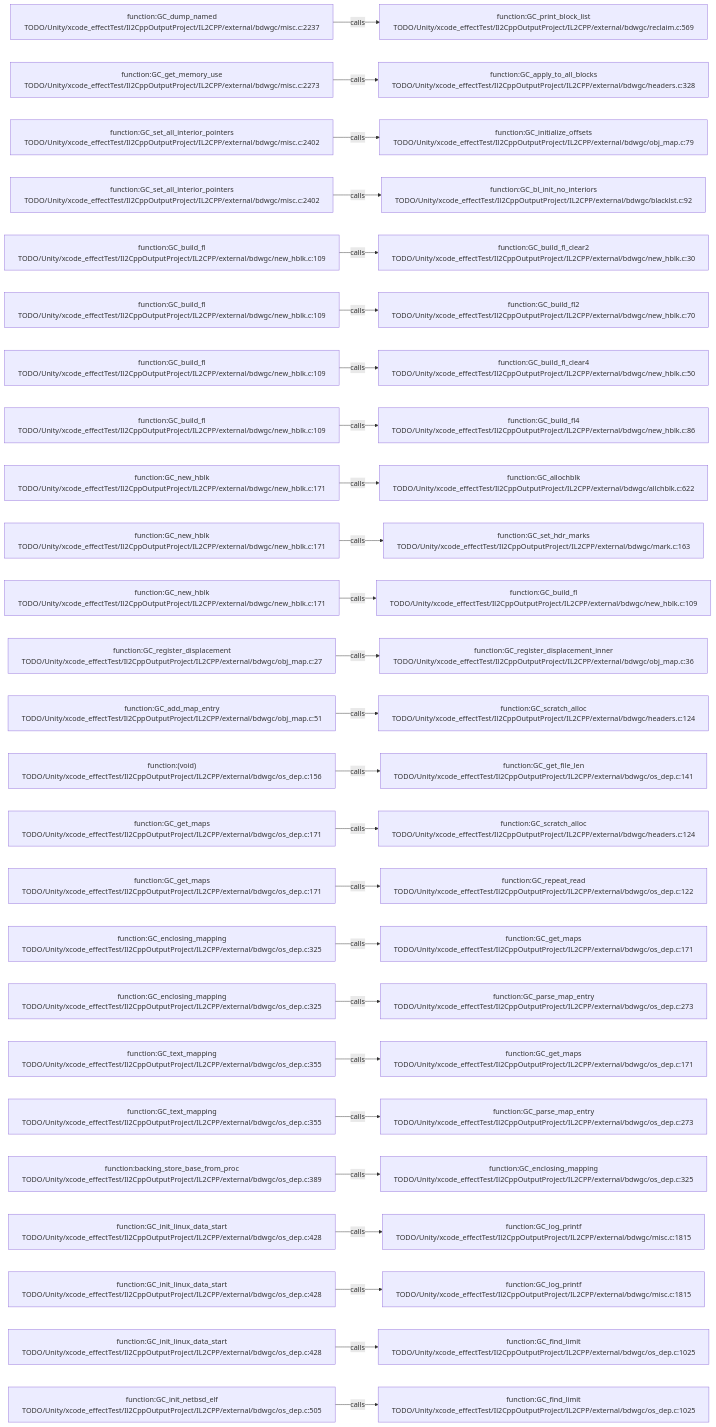
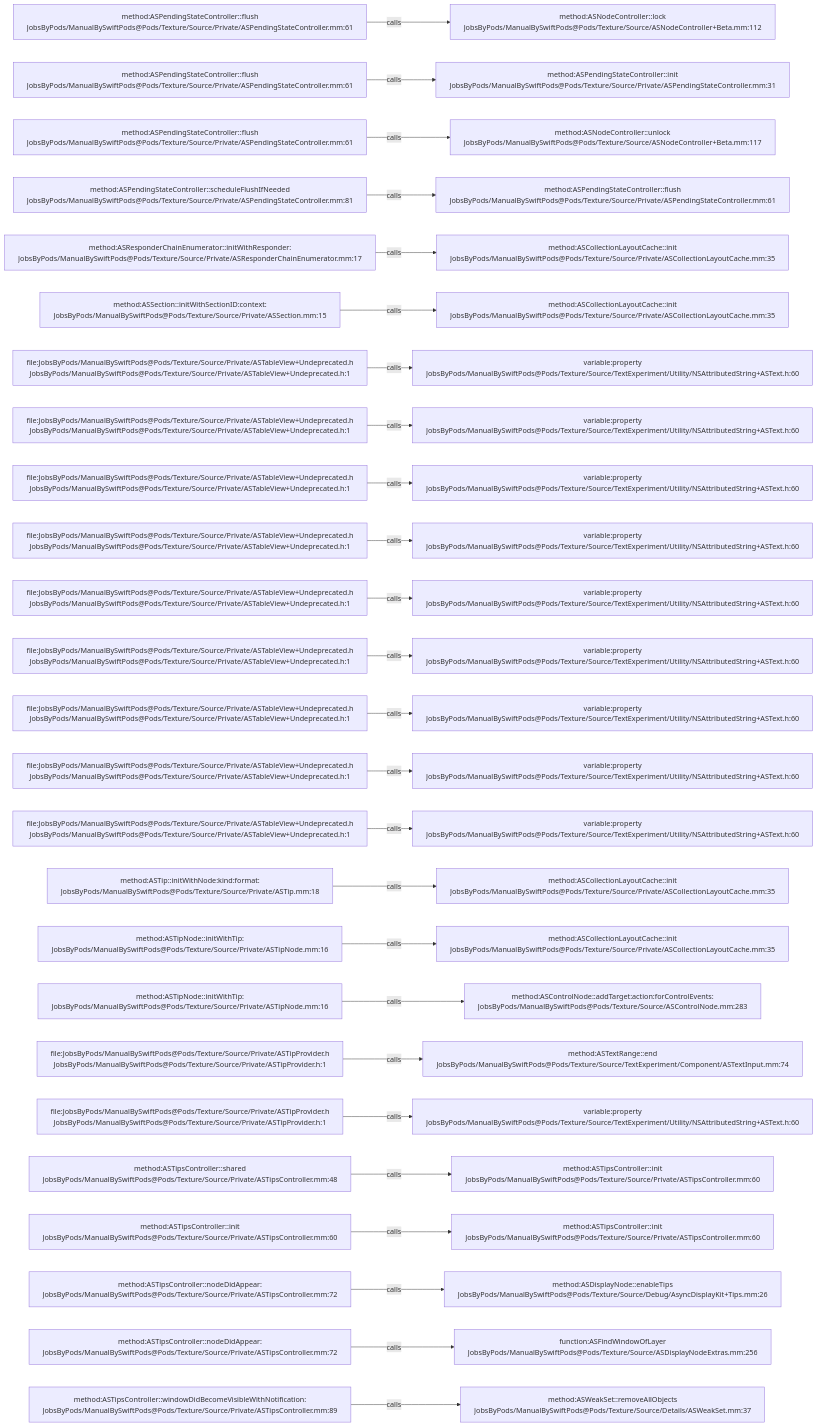
Before and after one commit to JobsKits/JobsSwiftBaseConfigDemo: the diagram in .codegraph/codegraph.md/graphs/calls-141.md, drawn with Mermaid. The commit also changed 2959 other files, not shown here.

````diff
--- a/.codegraph/codegraph.md/graphs/calls-141.md
+++ b/.codegraph/codegraph.md/graphs/calls-141.md
@@ -13,78 +13,78 @@
 ```mermaid
 flowchart LR
-  S1["function:GC_dump_named<br/>TODO/Unity/xcode_effectTest/Il2CppOutputProject/IL2CPP/external/bdwgc/misc.c:2237"]
-  T1["function:GC_print_block_list<br/>TODO/Unity/xcode_effectTest/Il2CppOutputProject/IL2CPP/external/bdwgc/reclaim.c:569"]
+  S1["method:ASPendingStateController::flush<br/>JobsByPods/ManualBySwiftPods@Pods/Texture/Source/Private/ASPendingStateController.mm:61"]
+  T1["method:ASNodeController::lock<br/>JobsByPods/ManualBySwiftPods@Pods/Texture/Source/ASNodeController+Beta.mm:112"]
   S1 -->|calls| T1
-  S2["function:GC_get_memory_use<br/>TODO/Unity/xcode_effectTest/Il2CppOutputProject/IL2CPP/external/bdwgc/misc.c:2273"]
-  T2["function:GC_apply_to_all_blocks<br/>TODO/Unity/xcode_effectTest/Il2CppOutputProject/IL2CPP/external/bdwgc/headers.c:328"]
+  S2["method:ASPendingStateController::flush<br/>JobsByPods/ManualBySwiftPods@Pods/Texture/Source/Private/ASPendingStateController.mm:61"]
+  T2["method:ASPendingStateController::init<br/>JobsByPods/ManualBySwiftPods@Pods/Texture/Source/Private/ASPendingStateController.mm:31"]
   S2 -->|calls| T2
-  S3["function:GC_set_all_interior_pointers<br/>TODO/Unity/xcode_effectTest/Il2CppOutputProject/IL2CPP/external/bdwgc/misc.c:2402"]
-  T3["function:GC_initialize_offsets<br/>TODO/Unity/xcode_effectTest/Il2CppOutputProject/IL2CPP/external/bdwgc/obj_map.c:79"]
+  S3["method:ASPendingStateController::flush<br/>JobsByPods/ManualBySwiftPods@Pods/Texture/Source/Private/ASPendingStateController.mm:61"]
+  T3["method:ASNodeController::unlock<br/>JobsByPods/ManualBySwiftPods@Pods/Texture/Source/ASNodeController+Beta.mm:117"]
   S3 -->|calls| T3
-  S4["function:GC_set_all_interior_pointers<br/>TODO/Unity/xcode_effectTest/Il2CppOutputProject/IL2CPP/external/bdwgc/misc.c:2402"]
-  T4["function:GC_bl_init_no_interiors<br/>TODO/Unity/xcode_effectTest/Il2CppOutputProject/IL2CPP/external/bdwgc/blacklst.c:92"]
+  S4["method:ASPendingStateController::scheduleFlushIfNeeded<br/>JobsByPods/ManualBySwiftPods@Pods/Texture/Source/Private/ASPendingStateController.mm:81"]
+  T4["method:ASPendingStateController::flush<br/>JobsByPods/ManualBySwiftPods@Pods/Texture/Source/Private/ASPendingStateController.mm:61"]
   S4 -->|calls| T4
-  S5["function:GC_build_fl<br/>TODO/Unity/xcode_effectTest/Il2CppOutputProject/IL2CPP/external/bdwgc/new_hblk.c:109"]
-  T5["function:GC_build_fl_clear2<br/>TODO/Unity/xcode_effectTest/Il2CppOutputProject/IL2CPP/external/bdwgc/new_hblk.c:30"]
+  S5["method:ASResponderChainEnumerator::initWithResponder:<br/>JobsByPods/ManualBySwiftPods@Pods/Texture/Source/Private/ASResponderChainEnumerator.mm:17"]
+  T5["method:ASCollectionLayoutCache::init<br/>JobsByPods/ManualBySwiftPods@Pods/Texture/Source/Private/ASCollectionLayoutCache.mm:35"]
   S5 -->|calls| T5
-  S6["function:GC_build_fl<br/>TODO/Unity/xcode_effectTest/Il2CppOutputProject/IL2CPP/external/bdwgc/new_hblk.c:109"]
-  T6["function:GC_build_fl2<br/>TODO/Unity/xcode_effectTest/Il2CppOutputProject/IL2CPP/external/bdwgc/new_hblk.c:70"]
+  S6["method:ASSection::initWithSectionID:context:<br/>JobsByPods/ManualBySwiftPods@Pods/Texture/Source/Private/ASSection.mm:15"]
+  T6["method:ASCollectionLayoutCache::init<br/>JobsByPods/ManualBySwiftPods@Pods/Texture/Source/Private/ASCollectionLayoutCache.mm:35"]
   S6 -->|calls| T6
-  S7["function:GC_build_fl<br/>TODO/Unity/xcode_effectTest/Il2CppOutputProject/IL2CPP/external/bdwgc/new_hblk.c:109"]
-  T7["function:GC_build_fl_clear4<br/>TODO/Unity/xcode_effectTest/Il2CppOutputProject/IL2CPP/external/bdwgc/new_hblk.c:50"]
+  S7["file:JobsByPods/ManualBySwiftPods@Pods/Texture/Source/Private/ASTableView+Undeprecated.h<br/>JobsByPods/ManualBySwiftPods@Pods/Texture/Source/Private/ASTableView+Undeprecated.h:1"]
+  T7["variable:property<br/>JobsByPods/ManualBySwiftPods@Pods/Texture/Source/TextExperiment/Utility/NSAttributedString+ASText.h:60"]
   S7 -->|calls| T7
-  S8["function:GC_build_fl<br/>TODO/Unity/xcode_effectTest/Il2CppOutputProject/IL2CPP/external/bdwgc/new_hblk.c:109"]
-  T8["function:GC_build_fl4<br/>TODO/Unity/xcode_effectTest/Il2CppOutputProject/IL2CPP/external/bdwgc/new_hblk.c:86"]
+  S8["file:JobsByPods/ManualBySwiftPods@Pods/Texture/Source/Private/ASTableView+Undeprecated.h<br/>JobsByPods/ManualBySwiftPods@Pods/Texture/Source/Private/ASTableView+Undeprecated.h:1"]
+  T8["variable:property<br/>JobsByPods/ManualBySwiftPods@Pods/Texture/Source/TextExperiment/Utility/NSAttributedString+ASText.h:60"]
   S8 -->|calls| T8
-  S9["function:GC_new_hblk<br/>TODO/Unity/xcode_effectTest/Il2CppOutputProject/IL2CPP/external/bdwgc/new_hblk.c:171"]
-  T9["function:GC_allochblk<br/>TODO/Unity/xcode_effectTest/Il2CppOutputProject/IL2CPP/external/bdwgc/allchblk.c:622"]
+  S9["file:JobsByPods/ManualBySwiftPods@Pods/Texture/Source/Private/ASTableView+Undeprecated.h<br/>JobsByPods/ManualBySwiftPods@Pods/Texture/Source/Private/ASTableView+Undeprecated.h:1"]
+  T9["variable:property<br/>JobsByPods/ManualBySwiftPods@Pods/Texture/Source/TextExperiment/Utility/NSAttributedString+ASText.h:60"]
   S9 -->|calls| T9
-  S10["function:GC_new_hblk<br/>TODO/Unity/xcode_effectTest/Il2CppOutputProject/IL2CPP/external/bdwgc/new_hblk.c:171"]
-  T10["function:GC_set_hdr_marks<br/>TODO/Unity/xcode_effectTest/Il2CppOutputProject/IL2CPP/external/bdwgc/mark.c:163"]
+  S10["file:JobsByPods/ManualBySwiftPods@Pods/Texture/Source/Private/ASTableView+Undeprecated.h<br/>JobsByPods/ManualBySwiftPods@Pods/Texture/Source/Private/ASTableView+Undeprecated.h:1"]
+  T10["variable:property<br/>JobsByPods/ManualBySwiftPods@Pods/Texture/Source/TextExperiment/Utility/NSAttributedString+ASText.h:60"]
   S10 -->|calls| T10
-  S11["function:GC_new_hblk<br/>TODO/Unity/xcode_effectTest/Il2CppOutputProject/IL2CPP/external/bdwgc/new_hblk.c:171"]
-  T11["function:GC_build_fl<br/>TODO/Unity/xcode_effectTest/Il2CppOutputProject/IL2CPP/external/bdwgc/new_hblk.c:109"]
+  S11["file:JobsByPods/ManualBySwiftPods@Pods/Texture/Source/Private/ASTableView+Undeprecated.h<br/>JobsByPods/ManualBySwiftPods@Pods/Texture/Source/Private/ASTableView+Undeprecated.h:1"]
+  T11["variable:property<br/>JobsByPods/ManualBySwiftPods@Pods/Texture/Source/TextExperiment/Utility/NSAttributedString+ASText.h:60"]
   S11 -->|calls| T11
-  S12["function:GC_register_displacement<br/>TODO/Unity/xcode_effectTest/Il2CppOutputProject/IL2CPP/external/bdwgc/obj_map.c:27"]
-  T12["function:GC_register_displacement_inner<br/>TODO/Unity/xcode_effectTest/Il2CppOutputProject/IL2CPP/external/bdwgc/obj_map.c:36"]
+  S12["file:JobsByPods/ManualBySwiftPods@Pods/Texture/Source/Private/ASTableView+Undeprecated.h<br/>JobsByPods/ManualBySwiftPods@Pods/Texture/Source/Private/ASTableView+Undeprecated.h:1"]
+  T12["variable:property<br/>JobsByPods/ManualBySwiftPods@Pods/Texture/Source/TextExperiment/Utility/NSAttributedString+ASText.h:60"]
   S12 -->|calls| T12
-  S13["function:GC_add_map_entry<br/>TODO/Unity/xcode_effectTest/Il2CppOutputProject/IL2CPP/external/bdwgc/obj_map.c:51"]
-  T13["function:GC_scratch_alloc<br/>TODO/Unity/xcode_effectTest/Il2CppOutputProject/IL2CPP/external/bdwgc/headers.c:124"]
+  S13["file:JobsByPods/ManualBySwiftPods@Pods/Texture/Source/Private/ASTableView+Undeprecated.h<br/>JobsByPods/ManualBySwiftPods@Pods/Texture/Source/Private/ASTableView+Undeprecated.h:1"]
+  T13["variable:property<br/>JobsByPods/ManualBySwiftPods@Pods/Texture/Source/TextExperiment/Utility/NSAttributedString+ASText.h:60"]
   S13 -->|calls| T13
-  S14["function:(void)<br/>TODO/Unity/xcode_effectTest/Il2CppOutputProject/IL2CPP/external/bdwgc/os_dep.c:156"]
-  T14["function:GC_get_file_len<br/>TODO/Unity/xcode_effectTest/Il2CppOutputProject/IL2CPP/external/bdwgc/os_dep.c:141"]
+  S14["file:JobsByPods/ManualBySwiftPods@Pods/Texture/Source/Private/ASTableView+Undeprecated.h<br/>JobsByPods/ManualBySwiftPods@Pods/Texture/Source/Private/ASTableView+Undeprecated.h:1"]
+  T14["variable:property<br/>JobsByPods/ManualBySwiftPods@Pods/Texture/Source/TextExperiment/Utility/NSAttributedString+ASText.h:60"]
   S14 -->|calls| T14
-  S15["function:GC_get_maps<br/>TODO/Unity/xcode_effectTest/Il2CppOutputProject/IL2CPP/external/bdwgc/os_dep.c:171"]
-  T15["function:GC_scratch_alloc<br/>TODO/Unity/xcode_effectTest/Il2CppOutputProject/IL2CPP/external/bdwgc/headers.c:124"]
+  S15["file:JobsByPods/ManualBySwiftPods@Pods/Texture/Source/Private/ASTableView+Undeprecated.h<br/>JobsByPods/ManualBySwiftPods@Pods/Texture/Source/Private/ASTableView+Undeprecated.h:1"]
+  T15["variable:property<br/>JobsByPods/ManualBySwiftPods@Pods/Texture/Source/TextExperiment/Utility/NSAttributedString+ASText.h:60"]
   S15 -->|calls| T15
-  S16["function:GC_get_maps<br/>TODO/Unity/xcode_effectTest/Il2CppOutputProject/IL2CPP/external/bdwgc/os_dep.c:171"]
-  T16["function:GC_repeat_read<br/>TODO/Unity/xcode_effectTest/Il2CppOutputProject/IL2CPP/external/bdwgc/os_dep.c:122"]
+  S16["method:ASTip::initWithNode:kind:format:<br/>JobsByPods/ManualBySwiftPods@Pods/Texture/Source/Private/ASTip.mm:18"]
+  T16["method:ASCollectionLayoutCache::init<br/>JobsByPods/ManualBySwiftPods@Pods/Texture/Source/Private/ASCollectionLayoutCache.mm:35"]
   S16 -->|calls| T16
-  S17["function:GC_enclosing_mapping<br/>TODO/Unity/xcode_effectTest/Il2CppOutputProject/IL2CPP/external/bdwgc/os_dep.c:325"]
-  T17["function:GC_get_maps<br/>TODO/Unity/xcode_effectTest/Il2CppOutputProject/IL2CPP/external/bdwgc/os_dep.c:171"]
+  S17["method:ASTipNode::initWithTip:<br/>JobsByPods/ManualBySwiftPods@Pods/Texture/Source/Private/ASTipNode.mm:16"]
+  T17["method:ASCollectionLayoutCache::init<br/>JobsByPods/ManualBySwiftPods@Pods/Texture/Source/Private/ASCollectionLayoutCache.mm:35"]
   S17 -->|calls| T17
-  S18["function:GC_enclosing_mapping<br/>TODO/Unity/xcode_effectTest/Il2CppOutputProject/IL2CPP/external/bdwgc/os_dep.c:325"]
-  T18["function:GC_parse_map_entry<br/>TODO/Unity/xcode_effectTest/Il2CppOutputProject/IL2CPP/external/bdwgc/os_dep.c:273"]
+  S18["method:ASTipNode::initWithTip:<br/>JobsByPods/ManualBySwiftPods@Pods/Texture/Source/Private/ASTipNode.mm:16"]
+  T18["method:ASControlNode::addTarget:action:forControlEvents:<br/>JobsByPods/ManualBySwiftPods@Pods/Texture/Source/ASControlNode.mm:283"]
   S18 -->|calls| T18
-  S19["function:GC_text_mapping<br/>TODO/Unity/xcode_effectTest/Il2CppOutputProject/IL2CPP/external/bdwgc/os_dep.c:355"]
-  T19["function:GC_get_maps<br/>TODO/Unity/xcode_effectTest/Il2CppOutputProject/IL2CPP/external/bdwgc/os_dep.c:171"]
+  S19["file:JobsByPods/ManualBySwiftPods@Pods/Texture/Source/Private/ASTipProvider.h<br/>JobsByPods/ManualBySwiftPods@Pods/Texture/Source/Private/ASTipProvider.h:1"]
+  T19["method:ASTextRange::end<br/>JobsByPods/ManualBySwiftPods@Pods/Texture/Source/TextExperiment/Component/ASTextInput.mm:74"]
   S19 -->|calls| T19
-  S20["function:GC_text_mapping<br/>TODO/Unity/xcode_effectTest/Il2CppOutputProject/IL2CPP/external/bdwgc/os_dep.c:355"]
-  T20["function:GC_parse_map_entry<br/>TODO/Unity/xcode_effectTest/Il2CppOutputProject/IL2CPP/external/bdwgc/os_dep.c:273"]
+  S20["file:JobsByPods/ManualBySwiftPods@Pods/Texture/Source/Private/ASTipProvider.h<br/>JobsByPods/ManualBySwiftPods@Pods/Texture/Source/Private/ASTipProvider.h:1"]
+  T20["variable:property<br/>JobsByPods/ManualBySwiftPods@Pods/Texture/Source/TextExperiment/Utility/NSAttributedString+ASText.h:60"]
   S20 -->|calls| T20
-  S21["function:backing_store_base_from_proc<br/>TODO/Unity/xcode_effectTest/Il2CppOutputProject/IL2CPP/external/bdwgc/os_dep.c:389"]
-  T21["function:GC_enclosing_mapping<br/>TODO/Unity/xcode_effectTest/Il2CppOutputProject/IL2CPP/external/bdwgc/os_dep.c:325"]
+  S21["method:ASTipsController::shared<br/>JobsByPods/ManualBySwiftPods@Pods/Texture/Source/Private/ASTipsController.mm:48"]
+  T21["method:ASTipsController::init<br/>JobsByPods/ManualBySwiftPods@Pods/Texture/Source/Private/ASTipsController.mm:60"]
   S21 -->|calls| T21
-  S22["function:GC_init_linux_data_start<br/>TODO/Unity/xcode_effectTest/Il2CppOutputProject/IL2CPP/external/bdwgc/os_dep.c:428"]
-  T22["function:GC_log_printf<br/>TODO/Unity/xcode_effectTest/Il2CppOutputProject/IL2CPP/external/bdwgc/misc.c:1815"]
+  S22["method:ASTipsController::init<br/>JobsByPods/ManualBySwiftPods@Pods/Texture/Source/Private/ASTipsController.mm:60"]
+  T22["method:ASTipsController::init<br/>JobsByPods/ManualBySwiftPods@Pods/Texture/Source/Private/ASTipsController.mm:60"]
   S22 -->|calls| T22
-  S23["function:GC_init_linux_data_start<br/>TODO/Unity/xcode_effectTest/Il2CppOutputProject/IL2CPP/external/bdwgc/os_dep.c:428"]
-  T23["function:GC_log_printf<br/>TODO/Unity/xcode_effectTest/Il2CppOutputProject/IL2CPP/external/bdwgc/misc.c:1815"]
+  S23["method:ASTipsController::nodeDidAppear:<br/>JobsByPods/ManualBySwiftPods@Pods/Texture/Source/Private/ASTipsController.mm:72"]
+  T23["method:ASDisplayNode::enableTips<br/>JobsByPods/ManualBySwiftPods@Pods/Texture/Source/Debug/AsyncDisplayKit+Tips.mm:26"]
   S23 -->|calls| T23
-  S24["function:GC_init_linux_data_start<br/>TODO/Unity/xcode_effectTest/Il2CppOutputProject/IL2CPP/external/bdwgc/os_dep.c:428"]
-  T24["function:GC_find_limit<br/>TODO/Unity/xcode_effectTest/Il2CppOutputProject/IL2CPP/external/bdwgc/os_dep.c:1025"]
+  S24["method:ASTipsController::nodeDidAppear:<br/>JobsByPods/ManualBySwiftPods@Pods/Texture/Source/Private/ASTipsController.mm:72"]
+  T24["function:ASFindWindowOfLayer<br/>JobsByPods/ManualBySwiftPods@Pods/Texture/Source/ASDisplayNodeExtras.mm:256"]
   S24 -->|calls| T24
-  S25["function:GC_init_netbsd_elf<br/>TODO/Unity/xcode_effectTest/Il2CppOutputProject/IL2CPP/external/bdwgc/os_dep.c:505"]
-  T25["function:GC_find_limit<br/>TODO/Unity/xcode_effectTest/Il2CppOutputProject/IL2CPP/external/bdwgc/os_dep.c:1025"]
+  S25["method:ASTipsController::windowDidBecomeVisibleWithNotification:<br/>JobsByPods/ManualBySwiftPods@Pods/Texture/Source/Private/ASTipsController.mm:89"]
+  T25["method:ASWeakSet::removeAllObjects<br/>JobsByPods/ManualBySwiftPods@Pods/Texture/Source/Details/ASWeakSet.mm:37"]
   S25 -->|calls| T25
 ```
````
